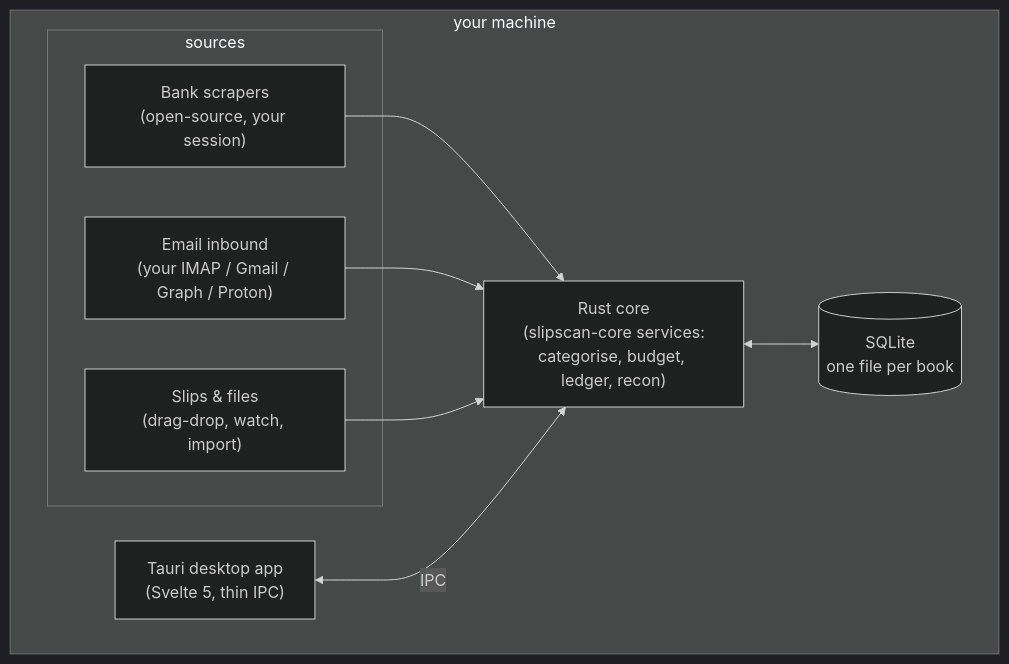
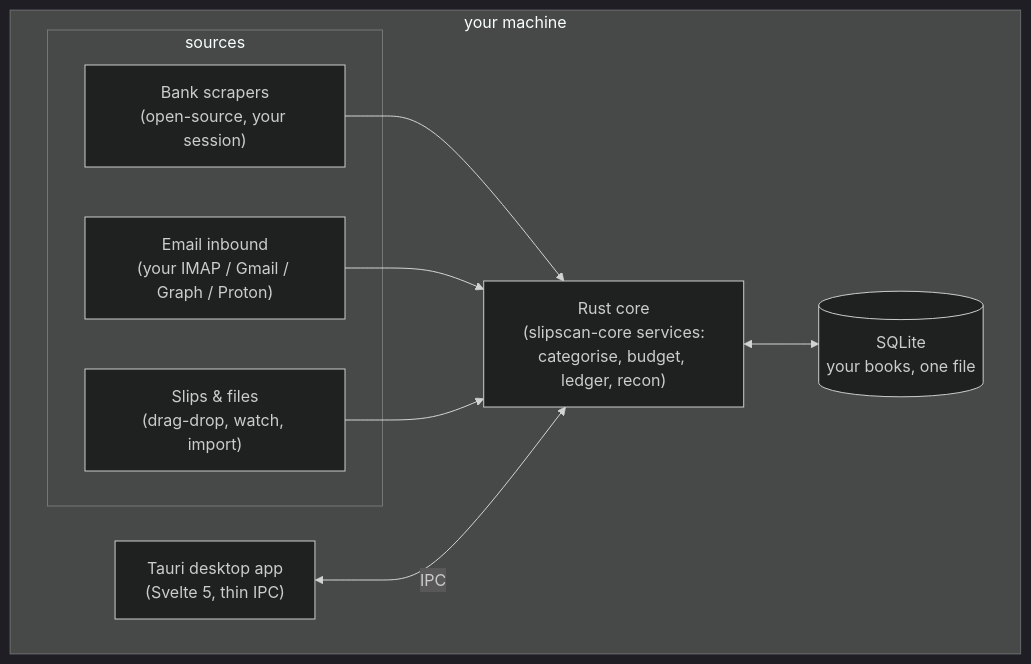
The first of 2 diagrams in README.md (vul-os/slipscan), drawn with Mermaid (dark theme) before and after one commit. The commit also changed other lines of this file, not shown here.

````diff
--- a/README.md
+++ b/README.md
@@ -102,19 +122,19 @@
 ```mermaid
 flowchart LR
     subgraph machine["your machine"]
         direction LR
         subgraph sources["sources"]
             bank["Bank scrapers<br/>(open-source, your session)"]
             mail["Email inbound<br/>(your IMAP / Gmail / Graph / Proton)"]
             files["Slips &amp; files<br/>(drag-drop, watch, import)"]
         end
         core["Rust core<br/>(slipscan-core services:<br/>categorise, budget, ledger, recon)"]
-        db[("SQLite<br/>one file per book")]
+        db[("SQLite<br/>your books, one file")]
         app["Tauri desktop app<br/>(Svelte 5, thin IPC)"]
         bank --> core
         mail --> core
         files --> core
         core <--> db
         app <-->|"IPC"| core
     end
 ```
````
